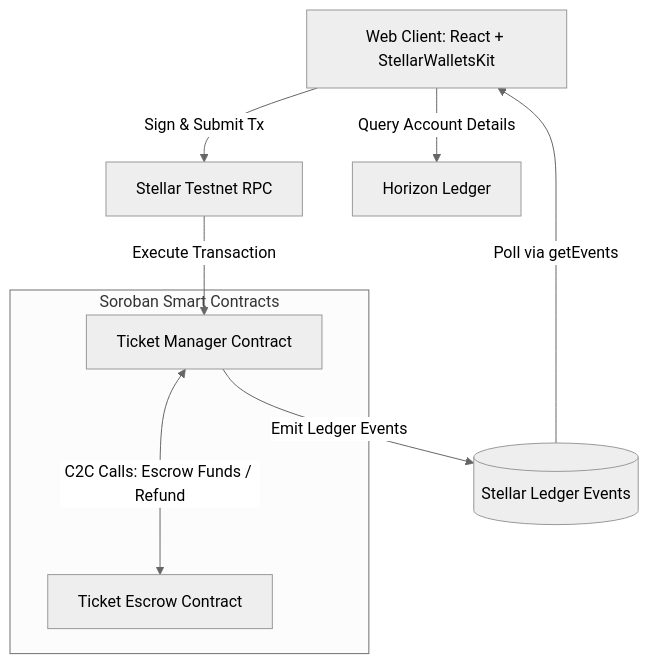
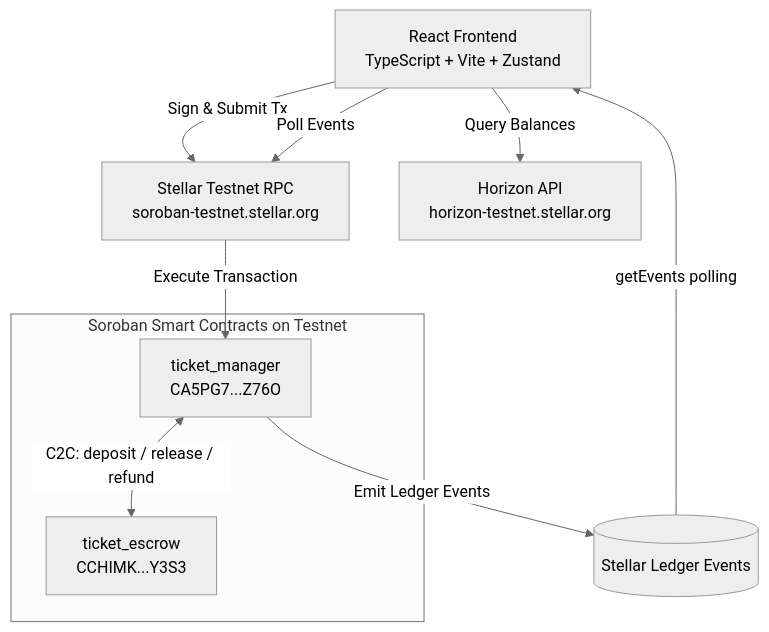
The first of 2 diagrams in README.md (codeepsingh/TicketChain), drawn with Mermaid (neutral theme) before and after one commit. The commit also changed other lines of this file and 24 other files, not shown here.

````diff
--- a/README.md
+++ b/README.md
@@ -45,13 +81,16 @@
 ```mermaid
 graph TD
-    Client[Web Client: React + StellarWalletsKit] -->|Sign & Submit Tx| StellarRPC[Stellar Testnet RPC]
-    Client -->|Query Account Details| Horizon[Horizon Ledger]
-    
-    subgraph Soroban Smart Contracts
-        TM[Ticket Manager Contract] <--->|C2C Calls: Escrow Funds / Refund| TE[Ticket Escrow Contract]
+    Client[React Frontend<br/>TypeScript + Vite + Zustand] -->|Sign & Submit Tx| RPC[Stellar Testnet RPC<br/>soroban-testnet.stellar.org]
+    Client -->|Query Balances| Horizon[Horizon API<br/>horizon-testnet.stellar.org]
+    Client -->|Poll Events| RPC
+
+    subgraph Soroban Contracts [Soroban Smart Contracts on Testnet]
+        TM[ticket_manager<br/>CA5PG7...Z76O]
+        TE[ticket_escrow<br/>CCHIMK...Y3S3]
+        TM <-->|C2C: deposit / release / refund| TE
     end
-    
-    StellarRPC -->|Execute Transaction| TM
-    TM -->|Emit Ledger Events| EventLog[(Stellar Ledger Events)]
-    EventLog -->|Poll via getEvents| Client
+
+    RPC -->|Execute Transaction| TM
+    TM -->|Emit Ledger Events| Events[(Stellar Ledger Events)]
+    Events -->|getEvents polling| Client
 ```
````
